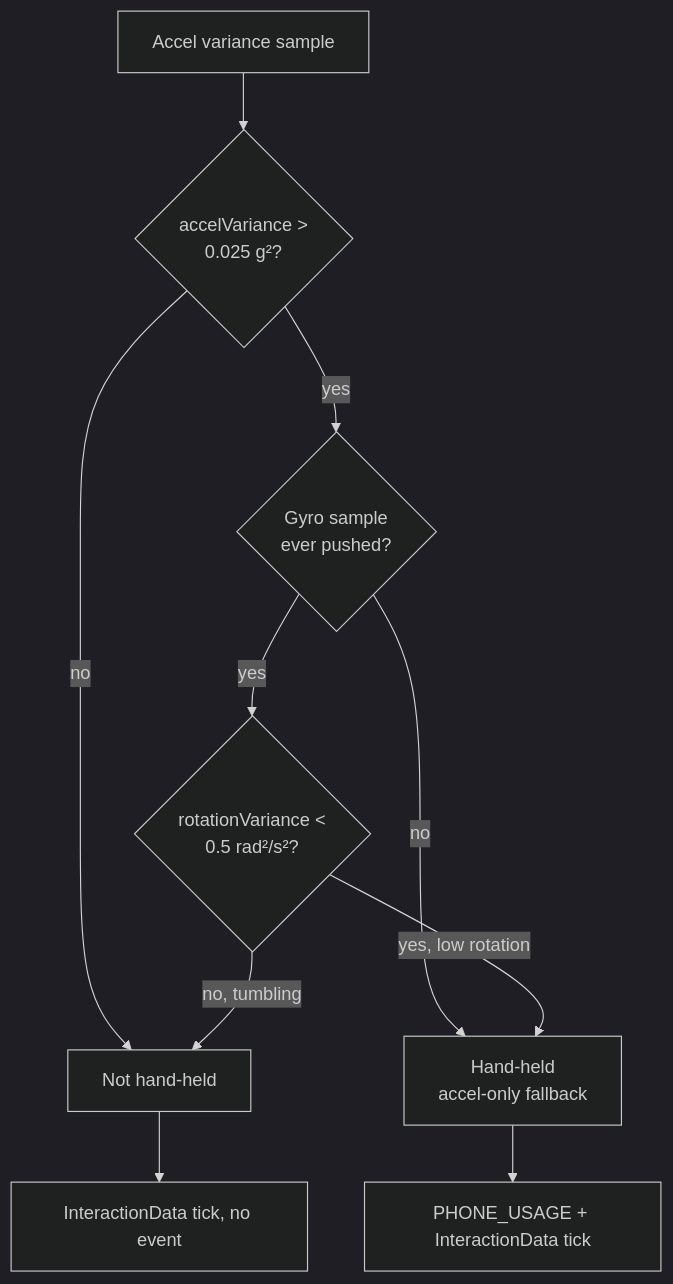
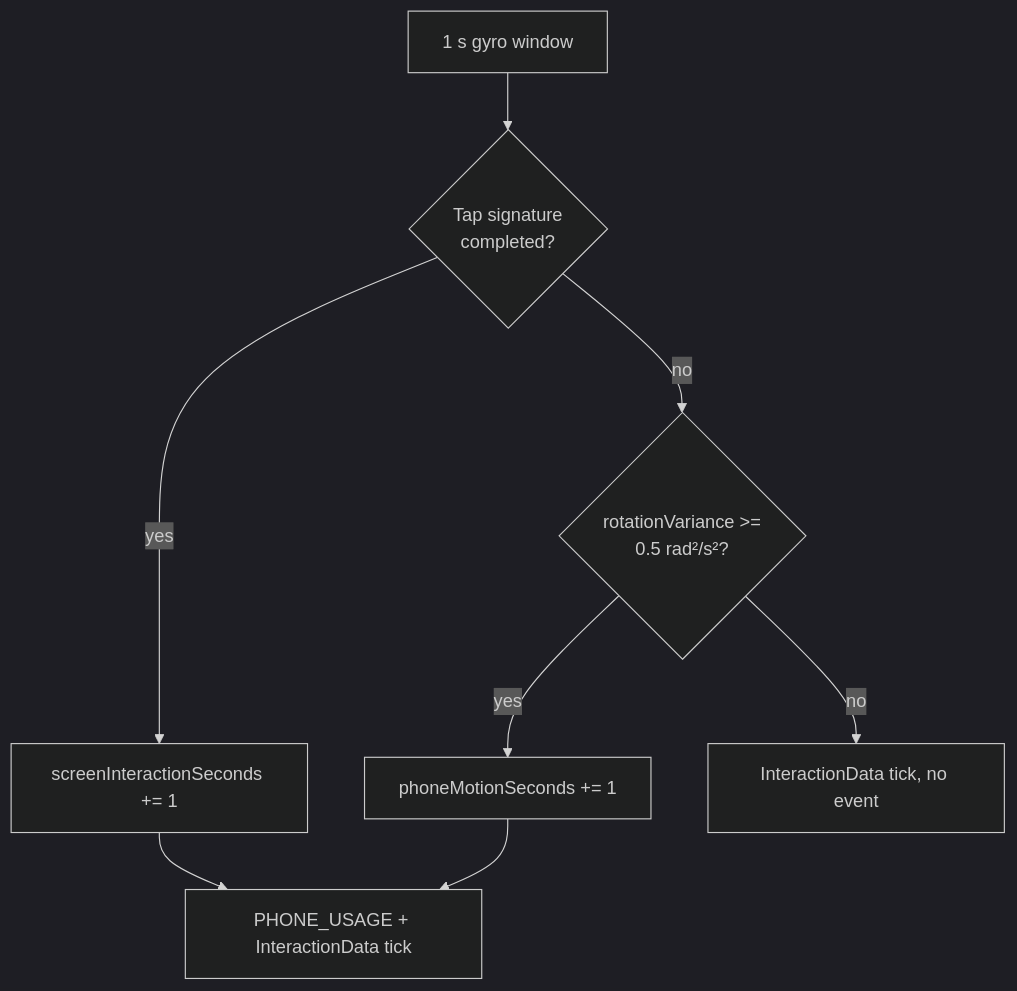
The second of 2 diagrams in mobile/src/lib/driving-sdk/docs/event-detection.md (Carma-Team/carma), drawn with Mermaid (dark theme) before and after one commit. The commit also changed other lines of this file and 21 other files, not shown here.

````diff
--- a/mobile/src/lib/driving-sdk/docs/event-detection.md
+++ b/mobile/src/lib/driving-sdk/docs/event-detection.md
@@ -154,12 +142,10 @@
 ```mermaid
 flowchart TD
-    A[Accel variance sample] --> B{accelVariance ><br/>0.025 g²?}
-    B -- no --> Z[Not hand-held]
-    B -- yes --> C{Gyro sample<br/>ever pushed?}
-    C -- no --> D[Hand-held<br/>accel-only fallback]
-    C -- yes --> E{rotationVariance <<br/>0.5 rad²/s²?}
-    E -- yes, low rotation --> D
-    E -- no, tumbling --> Z
-    D --> F[PHONE_USAGE + InteractionData tick]
-    Z --> G[InteractionData tick, no event]
+    A[1 s gyro window] --> B{Tap signature<br/>completed?}
+    B -- yes --> C[screenInteractionSeconds += 1]
+    B -- no --> D{rotationVariance >=<br/>0.5 rad²/s²?}
+    D -- yes --> E[phoneMotionSeconds += 1]
+    D -- no --> F[InteractionData tick, no event]
+    C --> G[PHONE_USAGE + InteractionData tick]
+    E --> G
 ```
````
